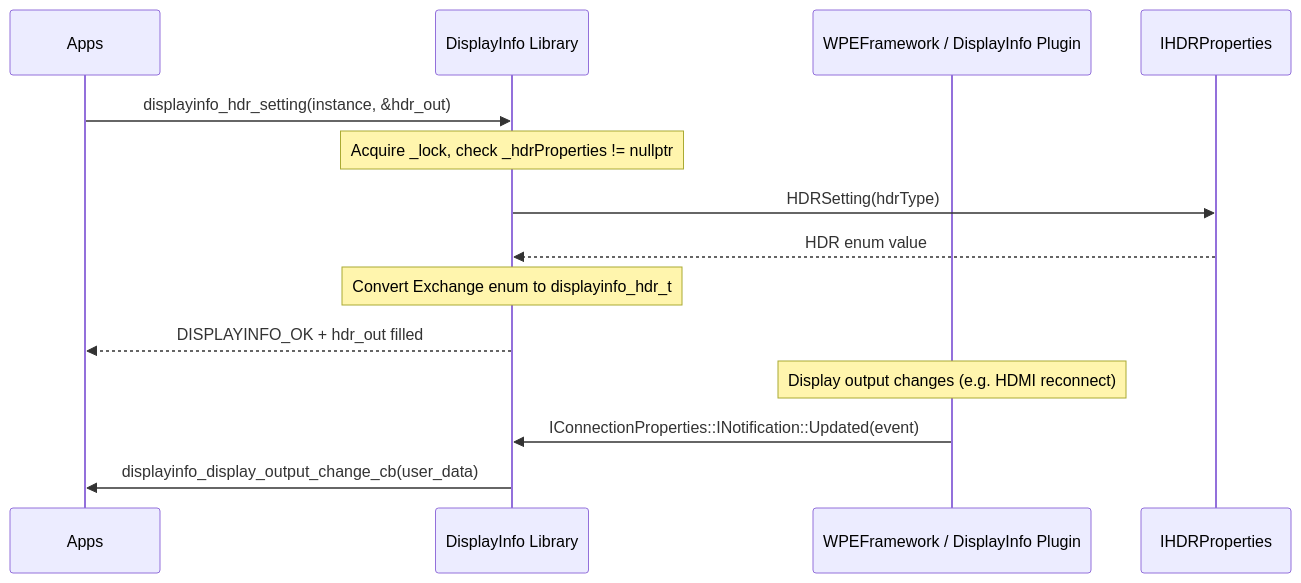
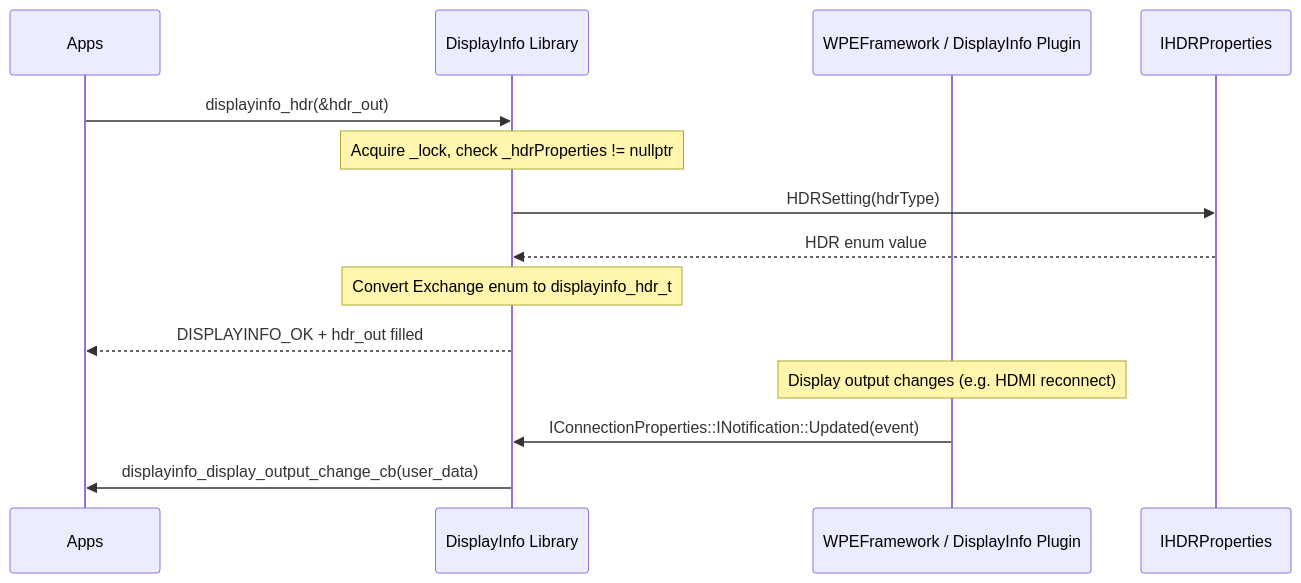
The fifth of 7 diagrams in docs/README.md (rdkcentral/ThunderClientLibraries), drawn with Mermaid before and after one commit. The commit also changed other lines of this file, not shown here.

````diff
--- a/docs/README.md
+++ b/docs/README.md
@@ -259,18 +261,18 @@
 ```mermaid
 sequenceDiagram
     participant App as Apps
     participant Lib as DisplayInfo Library
     participant Thunder as WPEFramework / DisplayInfo Plugin
     participant HDR as IHDRProperties
 
-    App->>Lib: displayinfo_hdr_setting(instance, &hdr_out)
+    App->>Lib: displayinfo_hdr(&hdr_out)
     Note over Lib: Acquire _lock, check _hdrProperties != nullptr
     Lib->>HDR: HDRSetting(hdrType)
     HDR-->>Lib: HDR enum value
     Note over Lib: Convert Exchange enum to displayinfo_hdr_t
     Lib-->>App: DISPLAYINFO_OK + hdr_out filled
 
     Note over Thunder: Display output changes (e.g. HDMI reconnect)
     Thunder->>Lib: IConnectionProperties::INotification::Updated(event)
     Lib->>App: displayinfo_display_output_change_cb(user_data)
 ```
````
